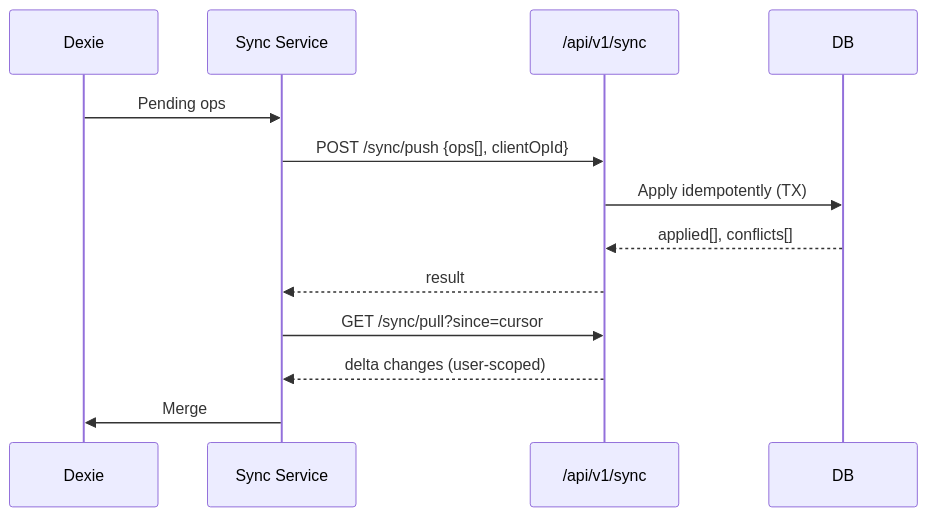
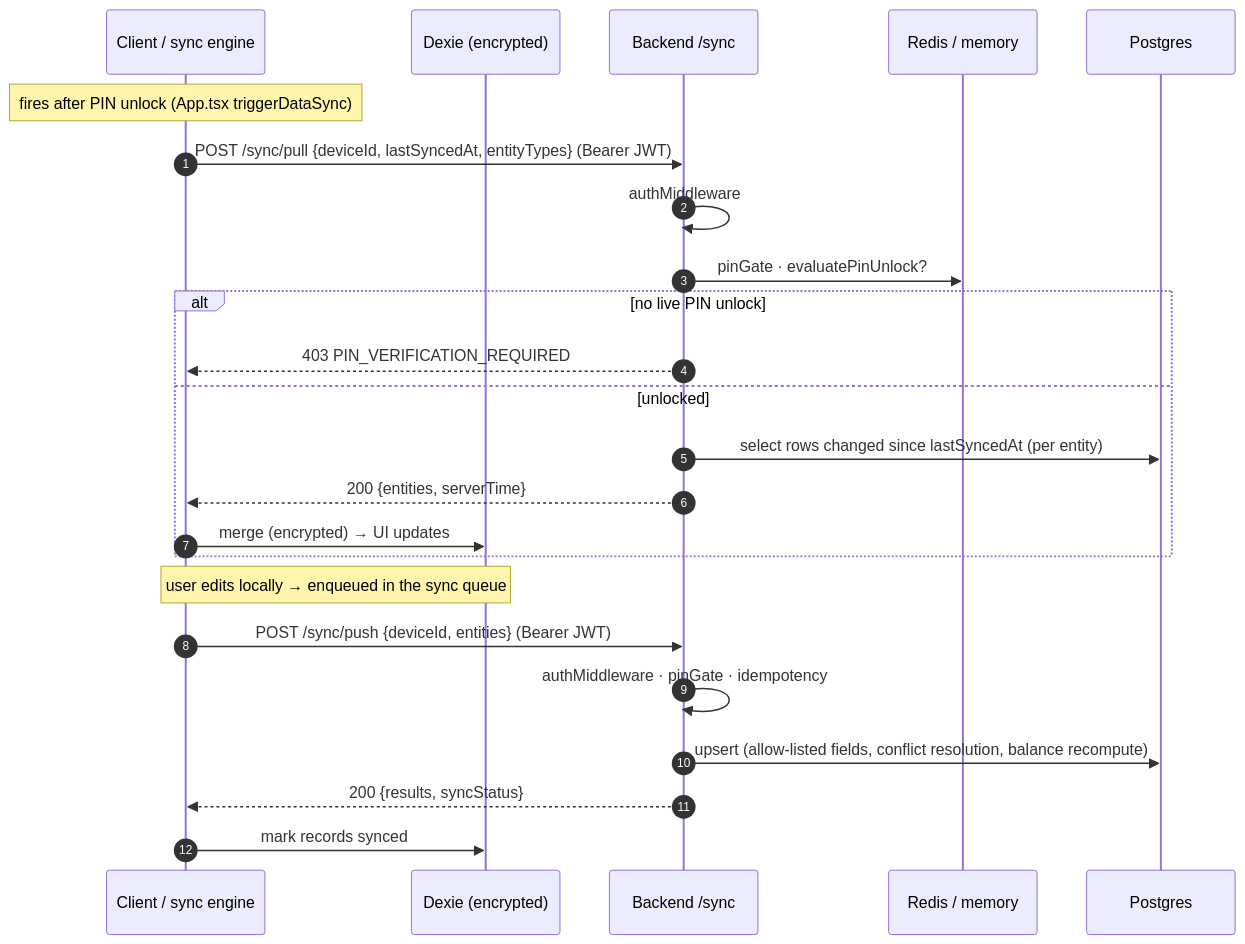
Before and after one commit to Alpha-ashu/Kanaku: the third of 4 diagrams in docs/04_App_Flow/Sequence_Diagrams.md, drawn with Mermaid. The commit also changed other lines of this file and 164 other files, not shown here.

Commit message:
docs: initialize comprehensive architectural documentation, including security audit summaries, implementation guides, and role-based feature flow diagrams.

````diff
--- a/docs/04_App_Flow/Sequence_Diagrams.md
+++ b/docs/04_App_Flow/Sequence_Diagrams.md
@@ -4,15 +109,28 @@
 ```mermaid
 sequenceDiagram
-    participant Dexie
-    participant Sync as Sync Service
-    participant API as /api/v1/sync
-    participant DB
-    Dexie->>Sync: Pending ops
-    Sync->>API: POST /sync/push {ops[], clientOpId}
-    API->>DB: Apply idempotently (TX)
-    DB-->>API: applied[], conflicts[]
-    API-->>Sync: result
-    Sync->>API: GET /sync/pull?since=cursor
-    API-->>Sync: delta changes (user-scoped)
-    Sync->>Dexie: Merge
+  autonumber
+  participant C as Client / sync engine
+  participant Dx as Dexie (encrypted)
+  participant BE as Backend /sync
+  participant R as Redis / memory
+  participant PG as Postgres
+
+  Note over C: fires after PIN unlock (App.tsx triggerDataSync)
+  C->>BE: POST /sync/pull {deviceId, lastSyncedAt, entityTypes}  (Bearer JWT)
+  BE->>BE: authMiddleware
+  BE->>R: pinGate · evaluatePinUnlock?
+  alt no live PIN unlock
+    BE-->>C: 403 PIN_VERIFICATION_REQUIRED
+  else unlocked
+    BE->>PG: select rows changed since lastSyncedAt (per entity)
+    BE-->>C: 200 {entities, serverTime}
+    C->>Dx: merge (encrypted) → UI updates
+  end
+
+  Note over C,Dx: user edits locally → enqueued in the sync queue
+  C->>BE: POST /sync/push {deviceId, entities}  (Bearer JWT)
+  BE->>BE: authMiddleware · pinGate · idempotency
+  BE->>PG: upsert (allow-listed fields, conflict resolution, balance recompute)
+  BE-->>C: 200 {results, syncStatus}
+  C->>Dx: mark records synced
 ```
````
